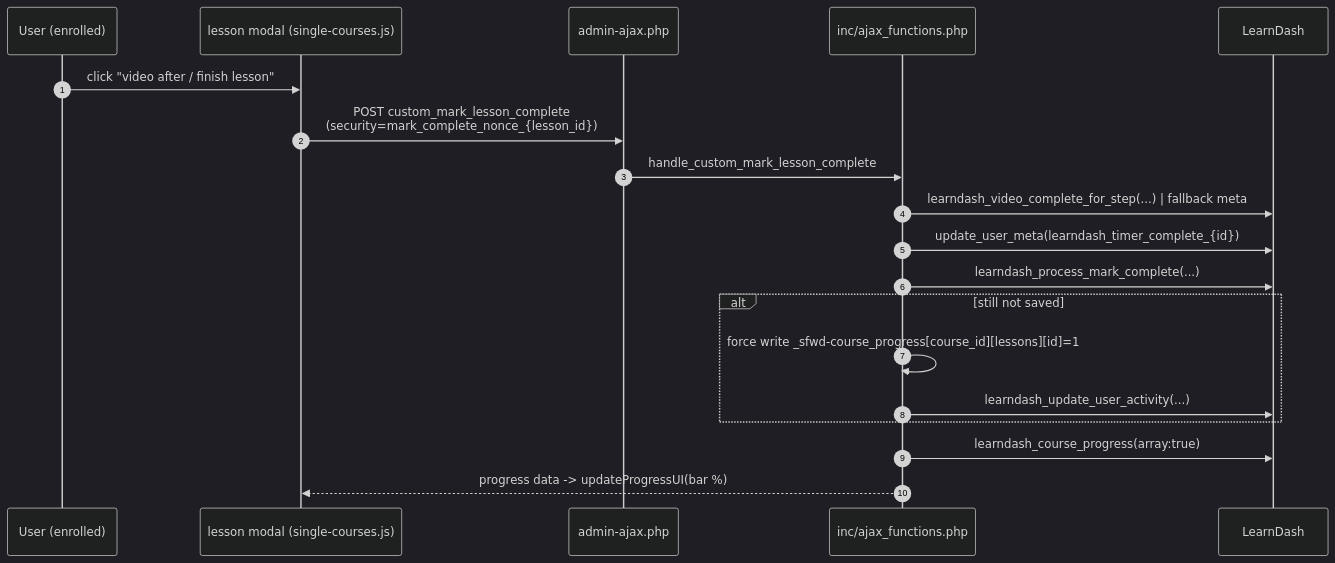
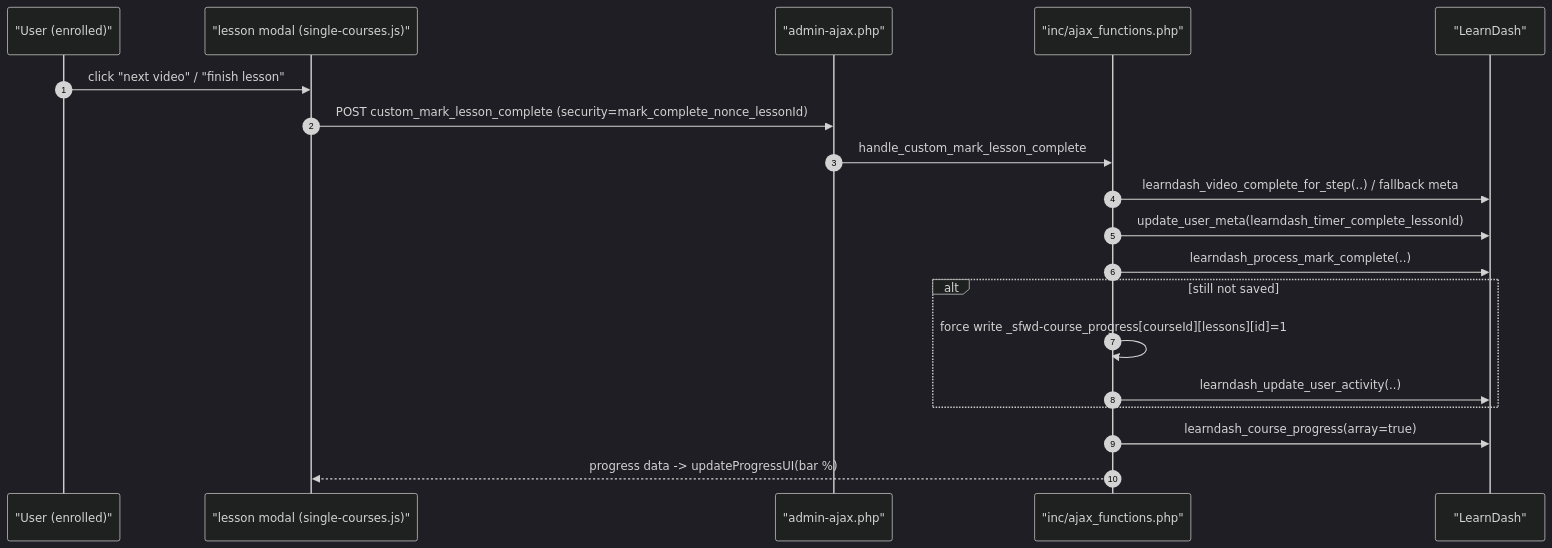
The fourth of 7 diagrams in ARCHITECTURE.md (ahmad75naraghi/learndash-theme), drawn with Mermaid (dark theme) before and after one commit. The commit also changed other lines of this file and 5 other files, not shown here.

````diff
--- a/ARCHITECTURE.md
+++ b/ARCHITECTURE.md
@@ -188,22 +188,22 @@
 ```mermaid
 sequenceDiagram
     autonumber
-    participant U as User (enrolled)
-    participant M as lesson modal (single-courses.js)
-    participant A as admin-ajax.php
-    participant S as inc/ajax_functions.php
-    participant LD as LearnDash
+    participant U as "User (enrolled)"
+    participant M as "lesson modal (single-courses.js)"
+    participant A as "admin-ajax.php"
+    participant S as "inc/ajax_functions.php"
+    participant LD as "LearnDash"
 
-    U->>M: click "video after / finish lesson"
-    M->>A: POST custom_mark_lesson_complete<br/>(security=mark_complete_nonce_{lesson_id})
+    U->>M: click "next video" / "finish lesson"
+    M->>A: POST custom_mark_lesson_complete (security=mark_complete_nonce_lessonId)
     A->>S: handle_custom_mark_lesson_complete
-    S->>LD: learndash_video_complete_for_step(...) | fallback meta
-    S->>LD: update_user_meta(learndash_timer_complete_{id})
-    S->>LD: learndash_process_mark_complete(...)
+    S->>LD: learndash_video_complete_for_step(..) / fallback meta
+    S->>LD: update_user_meta(learndash_timer_complete_lessonId)
+    S->>LD: learndash_process_mark_complete(..)
     alt still not saved
-        S->>S: force write _sfwd-course_progress[course_id][lessons][id]=1
-        S->>LD: learndash_update_user_activity(...)
+        S->>S: force write _sfwd-course_progress[courseId][lessons][id]=1
+        S->>LD: learndash_update_user_activity(..)
     end
-    S->>LD: learndash_course_progress(array:true)
+    S->>LD: learndash_course_progress(array=true)
     S-->>M: progress data -> updateProgressUI(bar %)
 ```
````
